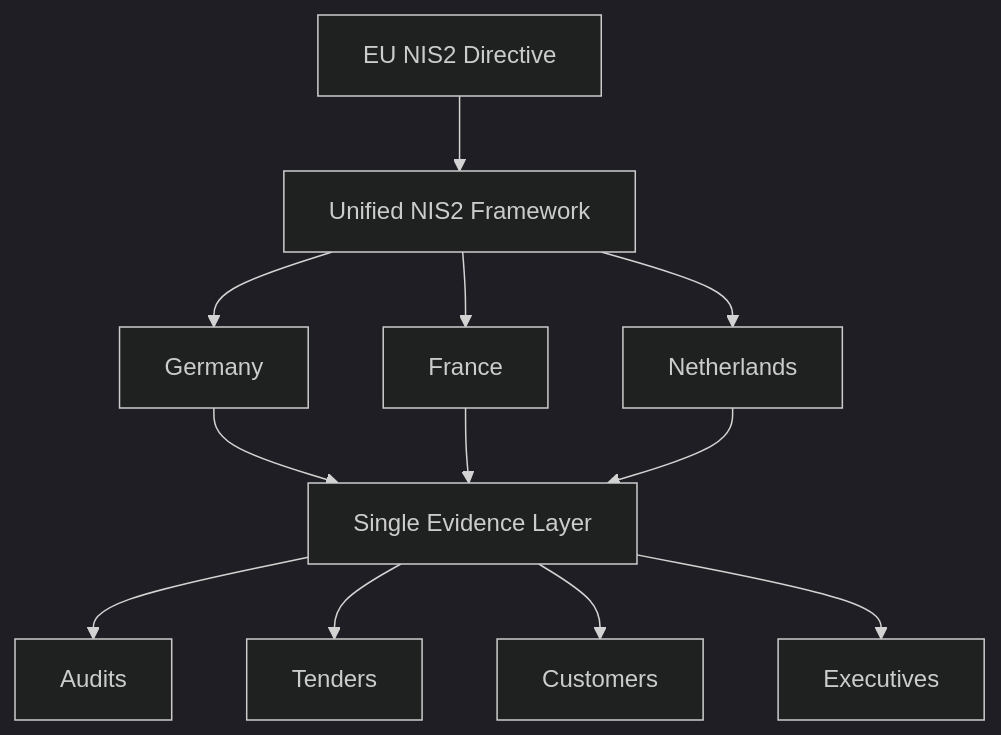
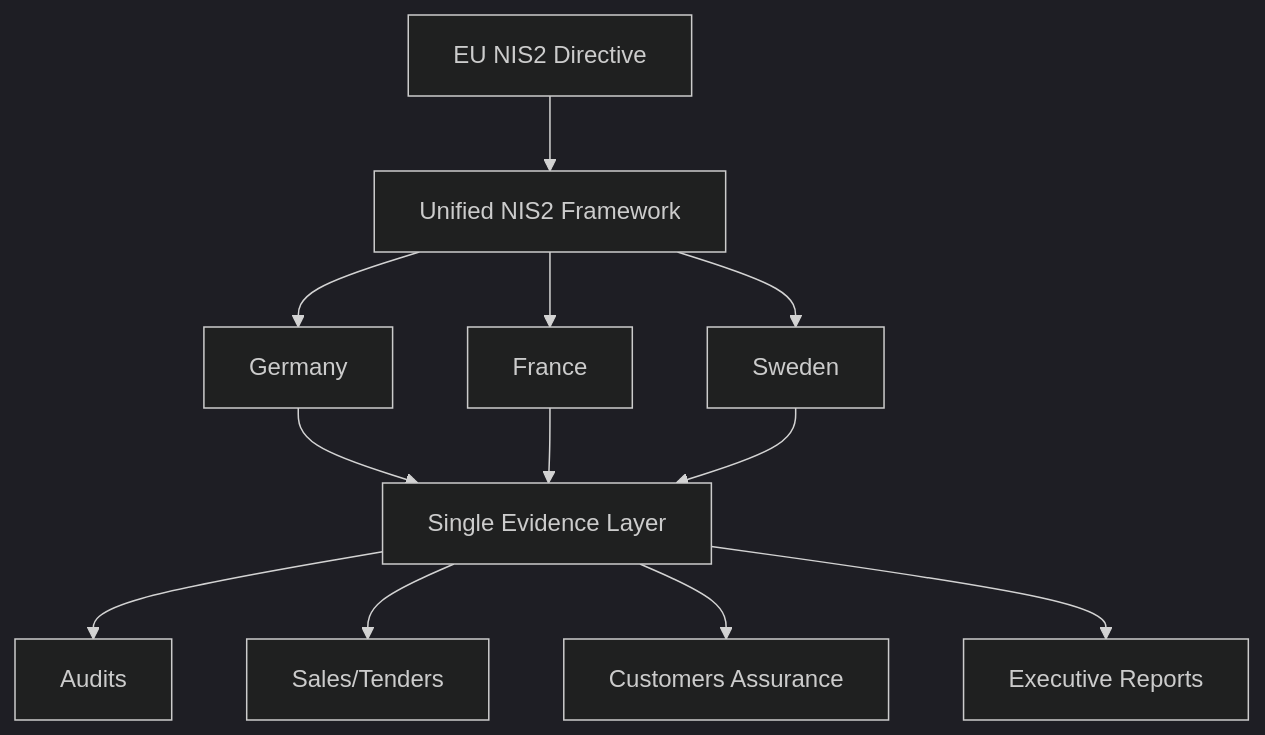
The diagram in docs/source/country-specific-nis2.rst (Mynkskhr/diehlmetering), drawn with Mermaid (dark theme) before and after one commit.

```diff
--- a/docs/source/country-specific-nis2.rst
+++ b/docs/source/country-specific-nis2.rst
@@ -9,27 +9,27 @@
 .. mermaid::
 
    flowchart TD
        A[EU NIS2 Directive]
        B[Unified NIS2 Framework]
        C[Germany]
        D[France]
-       E[Netherlands]
+       E[Sweden]
        F[Single Evidence Layer]
        G[Audits]
-       H[Tenders]
-       I[Customers]
-       J[Executives]
+       H[Sales/Tenders]
+       I[Customers Assurance]
+       J[Executive Reports]
 
        A --> B
        B --> C
        B --> D
        B --> E
 
        C --> F
        D --> F
        E --> F
 
        F --> G
        F --> H
        F --> I
        F --> J
```
